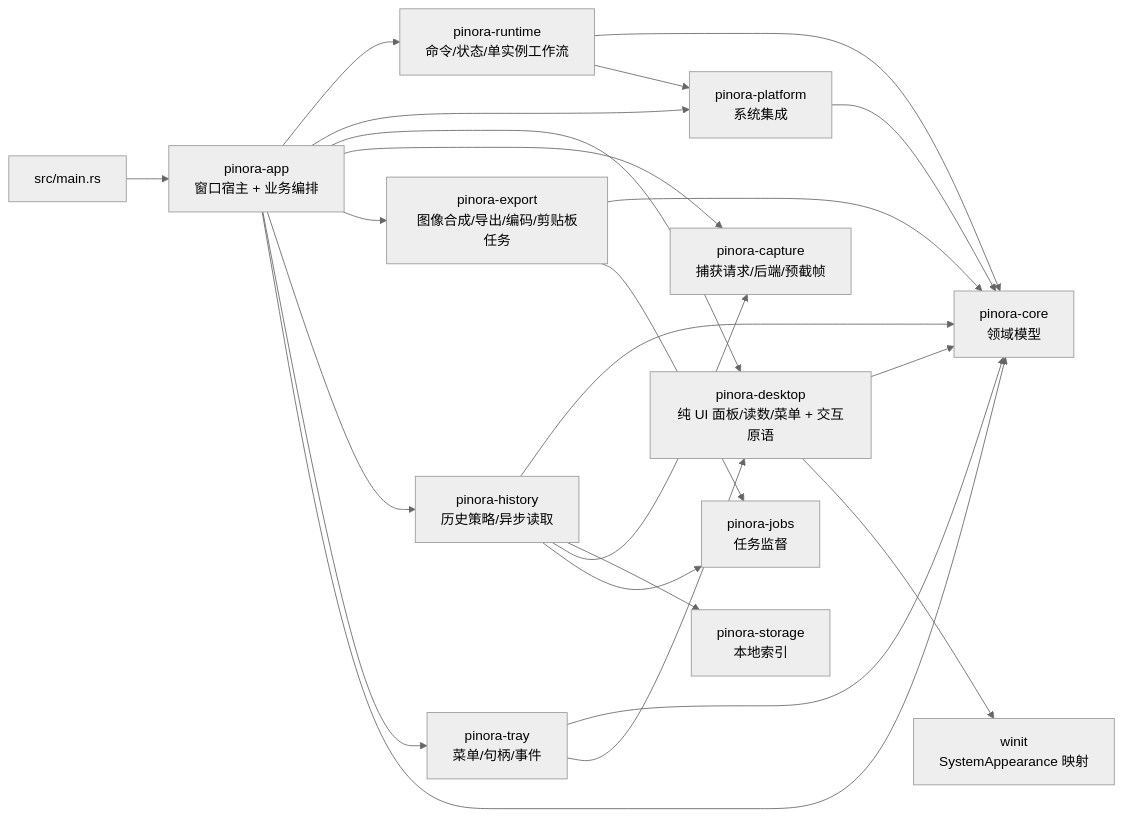
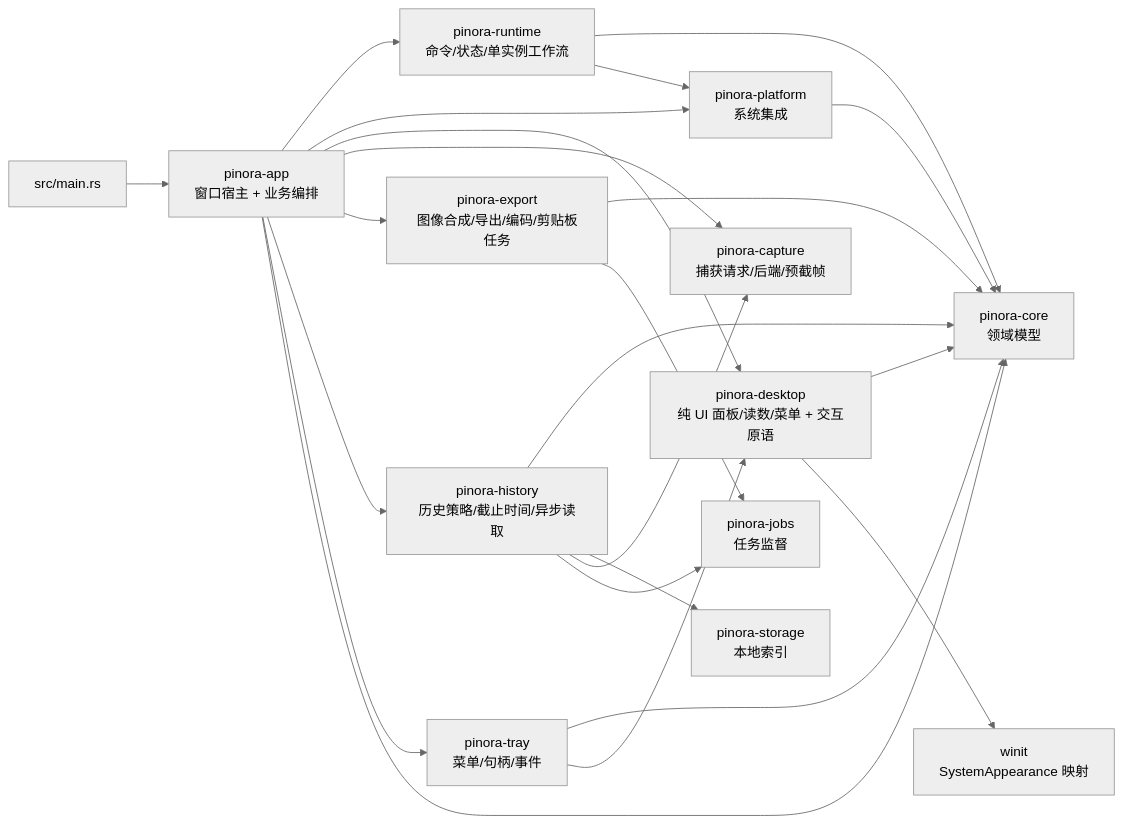
Before and after one commit to yhyzgn/pinora: the diagram in .context/system/conventions.md, drawn with Mermaid (neutral theme). The commit also changed other lines of this file and 10 other files, not shown here.

````diff
--- a/.context/system/conventions.md
+++ b/.context/system/conventions.md
@@ -18,25 +18,25 @@
 ```mermaid
 graph LR
     Main["src/main.rs"] --> App["pinora-app\n窗口宿主 + 业务编排"]
     App --> Runtime["pinora-runtime\n命令/状态/单实例工作流"]
     App --> Platform["pinora-platform\n系统集成"]
     App --> Desktop["pinora-desktop\n纯 UI 面板/读数/菜单 + 交互原语"]
     App --> Capture["pinora-capture\n捕获请求/后端/预截帧"]
     App --> Export["pinora-export\n图像合成/导出/编码/剪贴板任务"]
-    App --> History["pinora-history\n历史策略/异步读取"]
+    App --> History["pinora-history\n历史策略/截止时间/异步读取"]
     App --> Tray["pinora-tray\n菜单/句柄/事件"]
     App --> Core["pinora-core\n领域模型"]
     Runtime --> Core
     Runtime --> Platform
     Platform --> Core
     Desktop --> Core
     Export --> Core
     Export --> Jobs["pinora-jobs\n任务监督"]
     History --> Core
     History --> Storage["pinora-storage\n本地索引"]
     History --> Capture
     History --> Jobs
     Tray --> Core
     Tray --> Desktop
     Desktop --> Winit["winit\nSystemAppearance 映射"]
 ```
````
